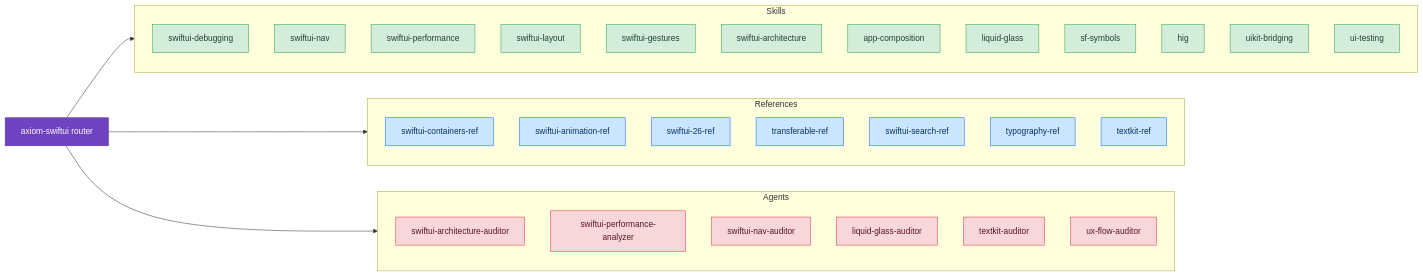
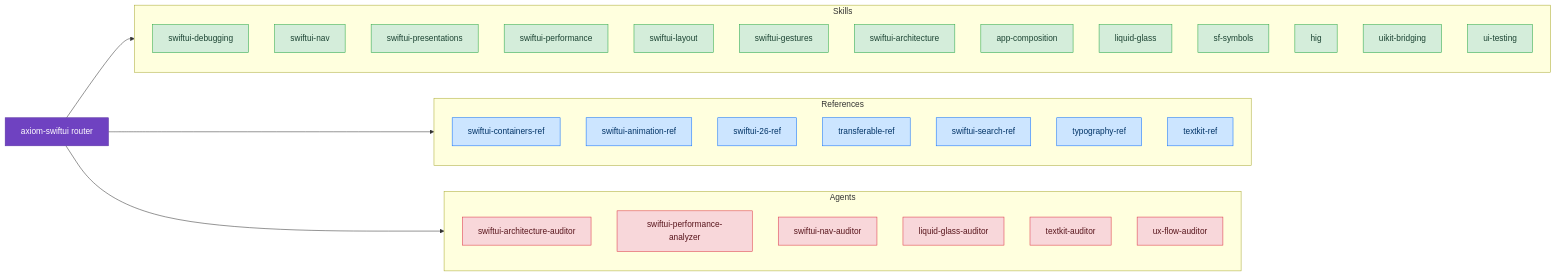
The diagram in docs/skills/ui-design/index.md (CharlesWiltgen/Axiom), drawn with Mermaid before and after one commit. The commit also changed other lines of this file and 11 other files, not shown here.

````diff
--- a/docs/skills/ui-design/index.md
+++ b/docs/skills/ui-design/index.md
@@ -5,47 +5,48 @@
 ```mermaid
 flowchart LR
     classDef router fill:#6f42c1,stroke:#5a32a3,color:#fff
     classDef discipline fill:#d4edda,stroke:#28a745,color:#1b4332
     classDef reference fill:#cce5ff,stroke:#0d6efd,color:#003366
     classDef diagnostic fill:#fff3cd,stroke:#ffc107,color:#664d03
     classDef agent fill:#f8d7da,stroke:#dc3545,color:#58151c
 
     axiom_swiftui["axiom-swiftui router"]:::router
 
     subgraph skills_d["Skills"]
         swiftui_debugging["swiftui-debugging"]:::discipline
         swiftui_nav["swiftui-nav"]:::discipline
+        swiftui_presentations["swiftui-presentations"]:::discipline
         swiftui_performance["swiftui-performance"]:::discipline
         swiftui_layout["swiftui-layout"]:::discipline
         swiftui_gestures["swiftui-gestures"]:::discipline
         swiftui_architecture["swiftui-architecture"]:::discipline
         app_composition["app-composition"]:::discipline
         liquid_glass["liquid-glass"]:::discipline
         sf_symbols["sf-symbols"]:::discipline
         hig["hig"]:::discipline
         uikit_bridging["uikit-bridging"]:::discipline
         ui_testing["ui-testing"]:::discipline
     end
     axiom_swiftui --> skills_d
 
     subgraph skills_r["References"]
         swiftui_containers_ref["swiftui-containers-ref"]:::reference
         swiftui_animation_ref["swiftui-animation-ref"]:::reference
         swiftui_26_ref["swiftui-26-ref"]:::reference
         transferable_ref["transferable-ref"]:::reference
         swiftui_search_ref["swiftui-search-ref"]:::reference
         typography_ref["typography-ref"]:::reference
         textkit_ref["textkit-ref"]:::reference
     end
     axiom_swiftui --> skills_r
 
     subgraph agents_sg["Agents"]
         agent_arch["swiftui-architecture-auditor"]:::agent
         agent_perf["swiftui-performance-analyzer"]:::agent
         agent_nav["swiftui-nav-auditor"]:::agent
         agent_lg["liquid-glass-auditor"]:::agent
         agent_tk["textkit-auditor"]:::agent
         agent_ux["ux-flow-auditor"]:::agent
     end
     axiom_swiftui --> agents_sg
 ```
````
